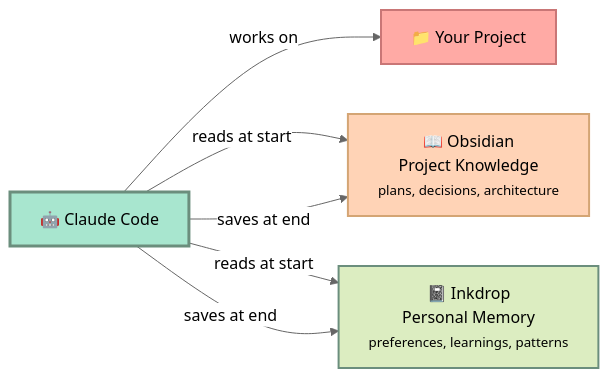
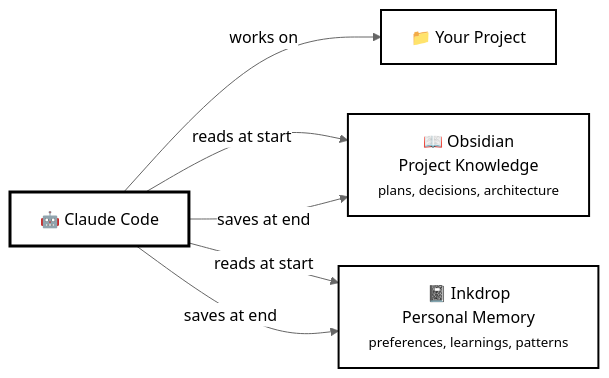
Before and after one commit to marcoscarbonera/carbon-claude-brain: the second of 2 diagrams in README.md, drawn with Mermaid (neutral theme). The commit also changed other lines of this file and 1 other file, not shown here.

Commit message:
style: update diagram element colors in README diagrams to white fill with black stroke.

````diff
--- a/README.md
+++ b/README.md
@@ -48,21 +48,21 @@
 ```mermaid
 graph LR
     Claude[🤖 Claude Code]
     Project[📁 Your Project]
 
     Obsidian[📖 Obsidian<br/>Project Knowledge<br/><small>plans, decisions, architecture</small>]
     Inkdrop[📓 Inkdrop<br/>Personal Memory<br/><small>preferences, learnings, patterns</small>]
 
     Claude -->|works on| Project
 
     Claude -->|reads at start| Obsidian
     Claude -->|reads at start| Inkdrop
 
     Claude -->|saves at end| Obsidian
     Claude -->|saves at end| Inkdrop
 
-    style Claude fill:#a8e6cf,stroke:#6b8e7d,stroke-width:3px
-    style Project fill:#ffaaa5,stroke:#c97676,stroke-width:2px
-    style Obsidian fill:#ffd3b6,stroke:#d4a574,stroke-width:2px
-    style Inkdrop fill:#dcedc1,stroke:#6b8e7d,stroke-width:2px
+    style Claude fill:#fff,stroke:#000,stroke-width:3px
+    style Project fill:#fff,stroke:#000,stroke-width:2px
+    style Obsidian fill:#fff,stroke:#000,stroke-width:2px
+    style Inkdrop fill:#fff,stroke:#000,stroke-width:2px
 ```
````
